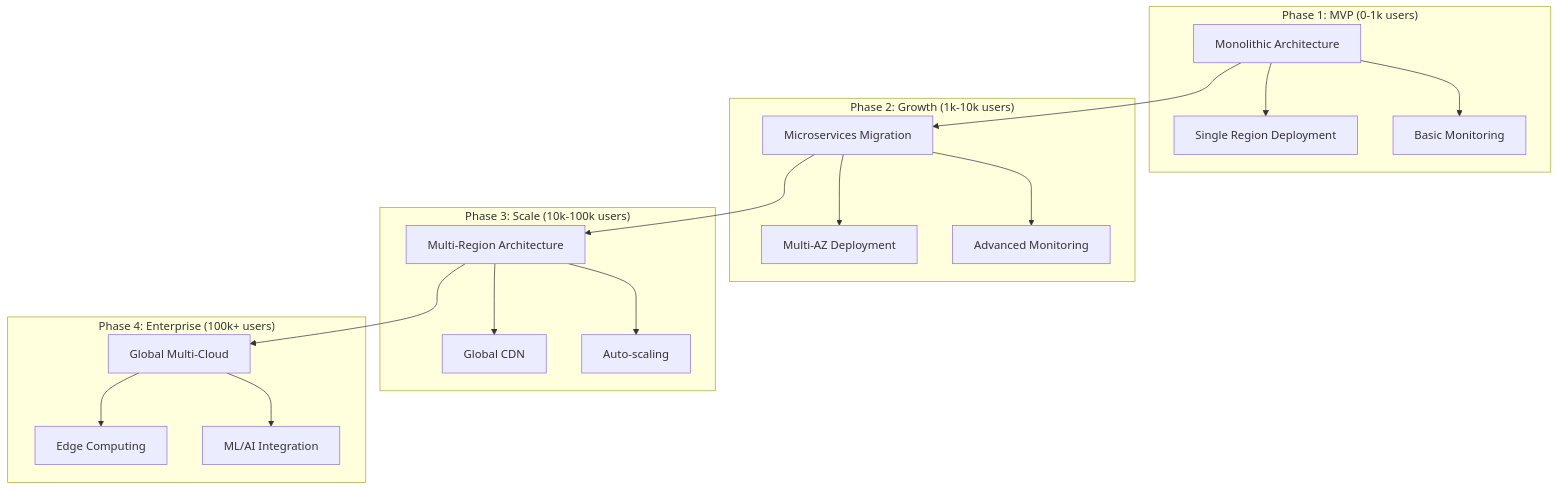
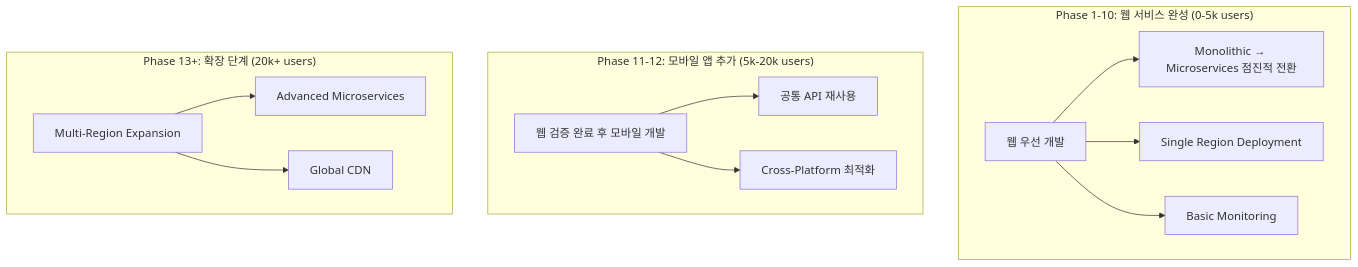
One commit to ip9202/jeju-tourlist changed the first of 3 diagrams in docs/07-동네물어봐-종합-기술-아키텍처-설계서.md. Above: the diagram before and after it, drawn with Mermaid. The commit also changed other lines of this file and 3 other files, not shown here.

````diff
--- a/docs/07-동네물어봐-종합-기술-아키텍처-설계서.md
+++ b/docs/07-동네물어봐-종합-기술-아키텍처-설계서.md
@@ -45,28 +45,22 @@
 ```mermaid
 graph TB
-    subgraph "Phase 1: MVP (0-1k users)"
-        A[Monolithic Architecture]
-        A --> B[Single Region Deployment]
-        A --> C[Basic Monitoring]
+    subgraph "Phase 1-10: 웹 서비스 완성 (0-5k users)"
+        A[웹 우선 개발]
+        A --> B[Monolithic → Microservices 점진적 전환]
+        A --> C[Single Region Deployment]
+        A --> D[Basic Monitoring]
     end
 
-    subgraph "Phase 2: Growth (1k-10k users)"
-        D[Microservices Migration]
-        D --> E[Multi-AZ Deployment]
-        D --> F[Advanced Monitoring]
+    subgraph "Phase 11-12: 모바일 앱 추가 (5k-20k users)"
+        E[웹 검증 완료 후 모바일 개발]
+        E --> F[공통 API 재사용]
+        E --> G[Cross-Platform 최적화]
     end
 
-    subgraph "Phase 3: Scale (10k-100k users)"
-        G[Multi-Region Architecture]
-        G --> H[Global CDN]
-        G --> I[Auto-scaling]
+    subgraph "Phase 13+: 확장 단계 (20k+ users)"
+        H[Multi-Region Expansion]
+        H --> I[Advanced Microservices]
+        H --> J[Global CDN]
     end
 
-    subgraph "Phase 4: Enterprise (100k+ users)"
-        J[Global Multi-Cloud]
-        J --> K[Edge Computing]
-        J --> L[ML/AI Integration]
-    end
-
-    A --> D --> G --> J
 ```
````
